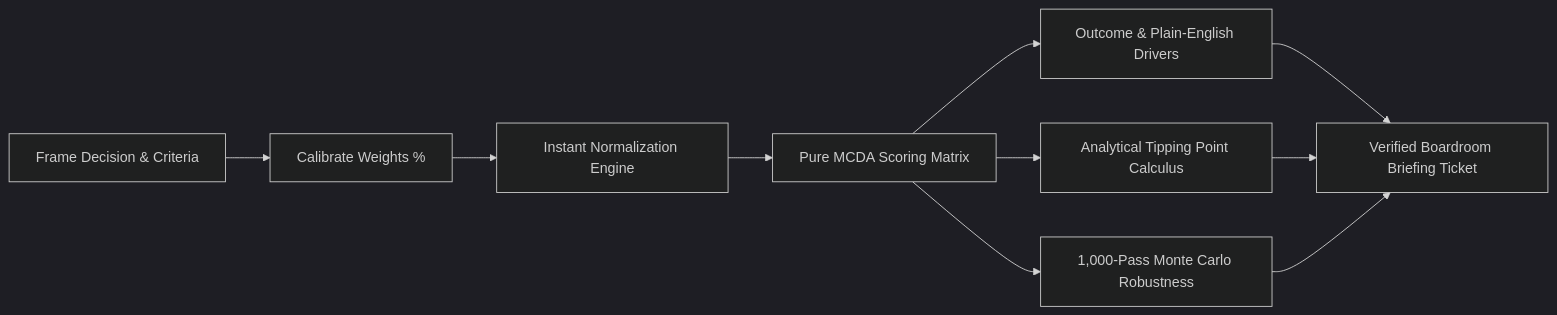
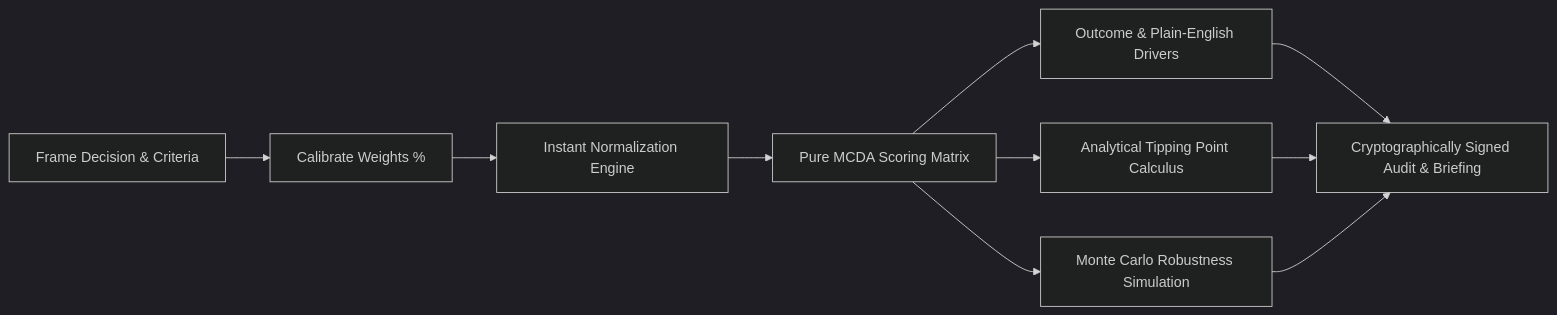
The diagram in README.md (AmiTtiwari43/Decision-OS), drawn with Mermaid (dark theme) before and after one commit. The commit also changed other lines of this file and 25 other files, not shown here.

````diff
--- a/README.md
+++ b/README.md
@@ -41,10 +58,10 @@
 ```mermaid
 flowchart LR
     A[Frame Decision & Criteria] --> B[Calibrate Weights %]
     B --> C[Instant Normalization Engine]
     C --> D[Pure MCDA Scoring Matrix]
     D --> E[Outcome & Plain-English Drivers]
     D --> F[Analytical Tipping Point Calculus]
-    D --> G[1,000-Pass Monte Carlo Robustness]
-    E & F & G --> H[Verified Boardroom Briefing Ticket]
+    D --> G[Monte Carlo Robustness Simulation]
+    E & F & G --> H[Cryptographically Signed Audit & Briefing]
 ```
````
